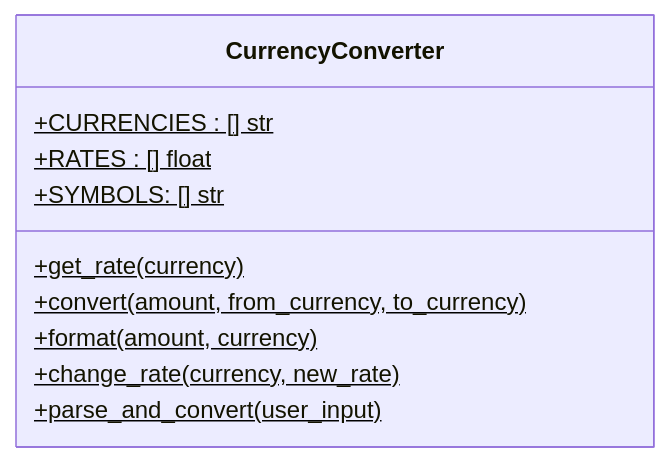
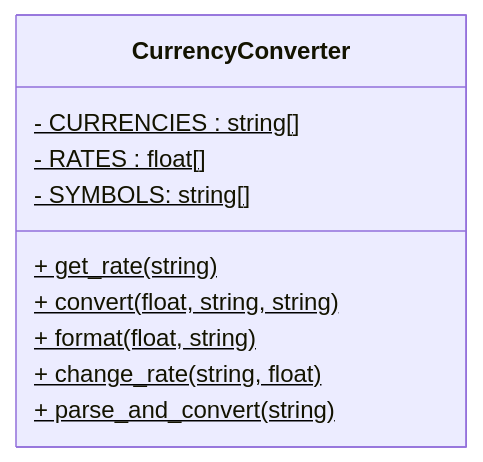
Before and after one commit to isf-dp-cs/isf-dp-cs.github.io: the diagram in content/new_syllabus/unit_03_oop/07_static_methods/_index.md, drawn with Mermaid. The commit also changed other lines of this file, not shown here.

```diff
--- a/content/new_syllabus/unit_03_oop/07_static_methods/_index.md
+++ b/content/new_syllabus/unit_03_oop/07_static_methods/_index.md
@@ -54,16 +55,16 @@
 {{< mermaid >}}
 
 classDiagram
     
     class CurrencyConverter {
-        +CURRENCIES : [] str$
-        +RATES : [] float$
-        +SYMBOLS: [] str$
-        +get_rate(currency)$
-        +convert(amount, from_currency, to_currency)$
-        +format(amount, currency)$
-        +change_rate(currency, new_rate)$
-        +parse_and_convert(user_input)$
+        - CURRENCIES : string[]$
+        - RATES : float[]$
+        - SYMBOLS: string[]$
+        + get_rate(string)$
+        + convert(float, string, string)$
+        + format(float, string)$
+        + change_rate(string, float)$
+        + parse_and_convert(string)$
     }
 
 {{< /mermaid >}}
```
